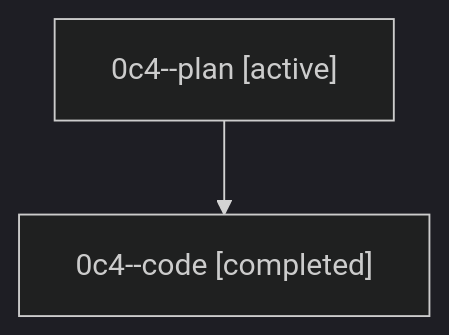
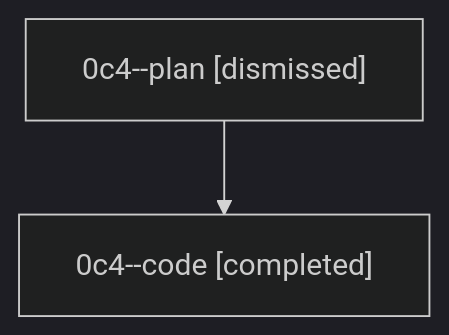
The diagram in sessions/bbugyi200.athena.0c4.md (sase-org/sase--agents), drawn with Mermaid (dark theme) before and after one commit. The commit also changed other lines of this file and 24 other files, not shown here.

````diff
--- a/sessions/bbugyi200.athena.0c4.md
+++ b/sessions/bbugyi200.athena.0c4.md
@@ -9,6 +9,6 @@
 ```mermaid
 flowchart TD
-  n0["0c4--plan [active]"]
+  n0["0c4--plan [dismissed]"]
   n1["0c4--code [completed]"]
   n0 --> n1
 ```
````
